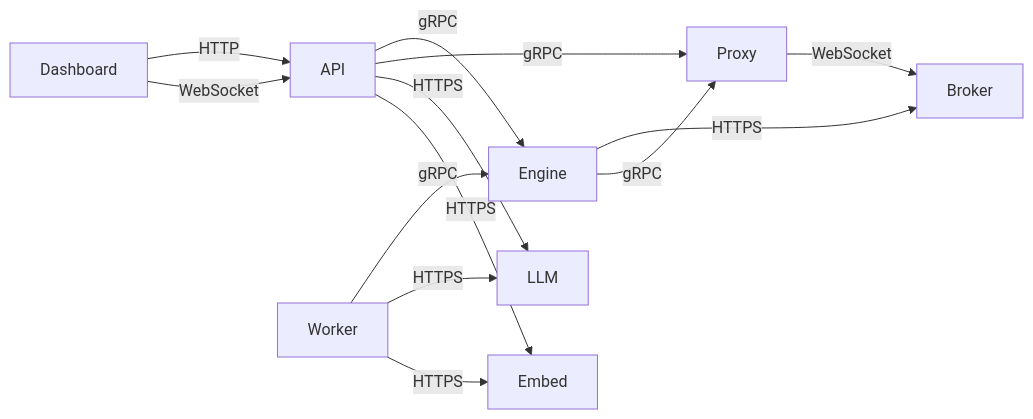
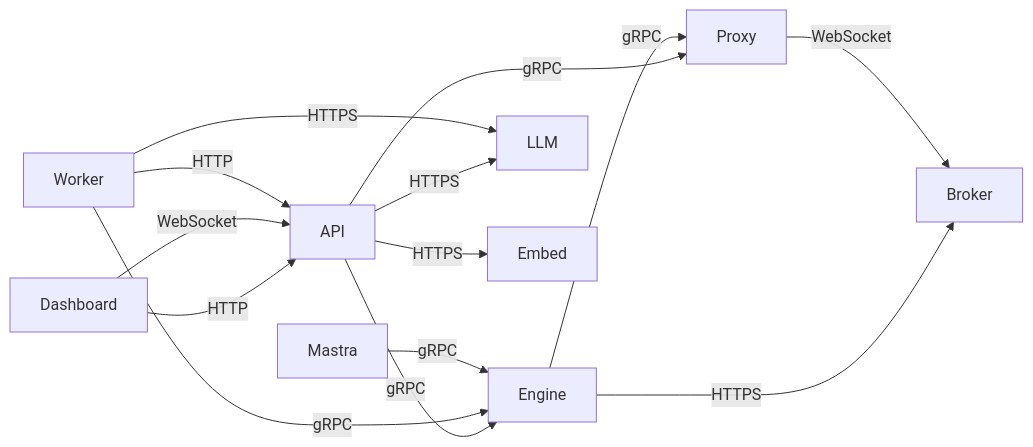
Before and after one commit to ccheney/cream: diagram 14 of 15 in ARCHITECTURE.md, drawn with Mermaid. The commit also changed other lines of this file and 30 other files, not shown here.

First line of the commit message:
feat(storage): enhance README with architecture, environment isolation, and repository patterns

````diff
--- a/ARCHITECTURE.md
+++ b/ARCHITECTURE.md
@@ -345,15 +577,16 @@
 ```mermaid
 flowchart LR
     Dashboard -->|HTTP| API
     Dashboard -->|WebSocket| API
     API -->|gRPC| Engine
     API -->|gRPC| Proxy
     API -->|HTTPS| LLM
     API -->|HTTPS| Embed
+    Worker -->|HTTP| API
     Worker -->|gRPC| Engine
     Worker -->|HTTPS| LLM
-    Worker -->|HTTPS| Embed
+    Mastra -->|gRPC| Engine
     Engine -->|HTTPS| Broker
     Engine -->|gRPC| Proxy
     Proxy -->|WebSocket| Broker
 ```
````
